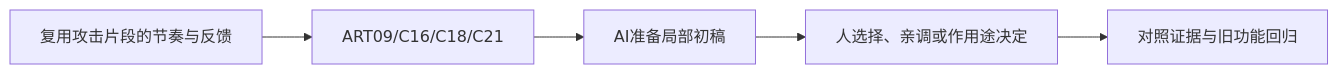
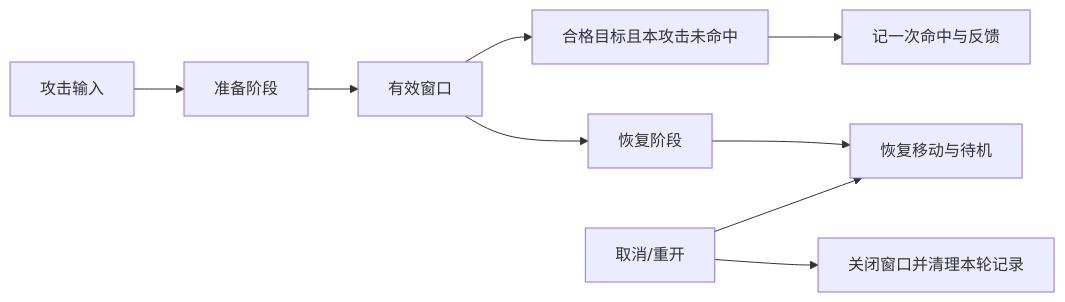
Before and after one commit to Zilur/ai-3d-game-learning: the diagram in curriculum/lessons/X02.md, drawn with Mermaid. The commit also changed other lines of this file and 164 other files, not shown here.

Commit message:
docs: publish 47 step-by-step AI lesson flows, world upgrade and optional training corner

````diff
--- a/curriculum/lessons/X02.md
+++ b/curriculum/lessons/X02.md
@@ -38,7 +41,11 @@
 ```mermaid
 flowchart LR
-  S["复用攻击片段的节奏与反馈"] --> K["ART09/C16/C18/C21"]
-  K --> AI["AI准备局部初稿"]
-  AI --> H["人选择、亲调或作用途决定"]
-  H --> V["对照证据与旧功能回归"]
+ I["攻击输入"] --> W["准备阶段"]
+ W --> A["有效窗口"]
+ A --> C["合格目标且本攻击未命中"]
+ C --> H["记一次命中与反馈"]
+ A --> R["恢复阶段"]
+ R --> M["恢复移动与待机"]
+ X["取消/重开"] --> M
+ X --> OFF["关闭窗口并清理本轮记录"]
 ```
````
